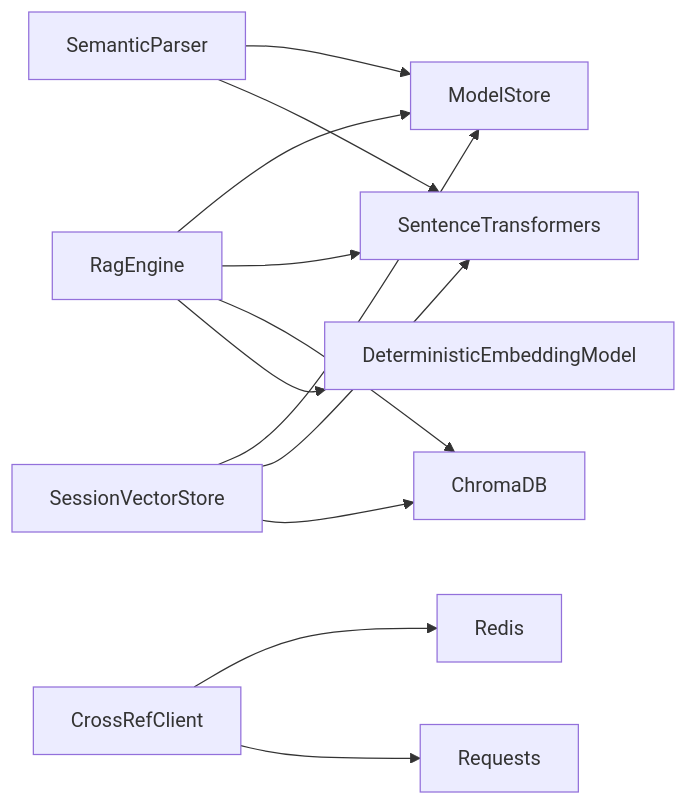
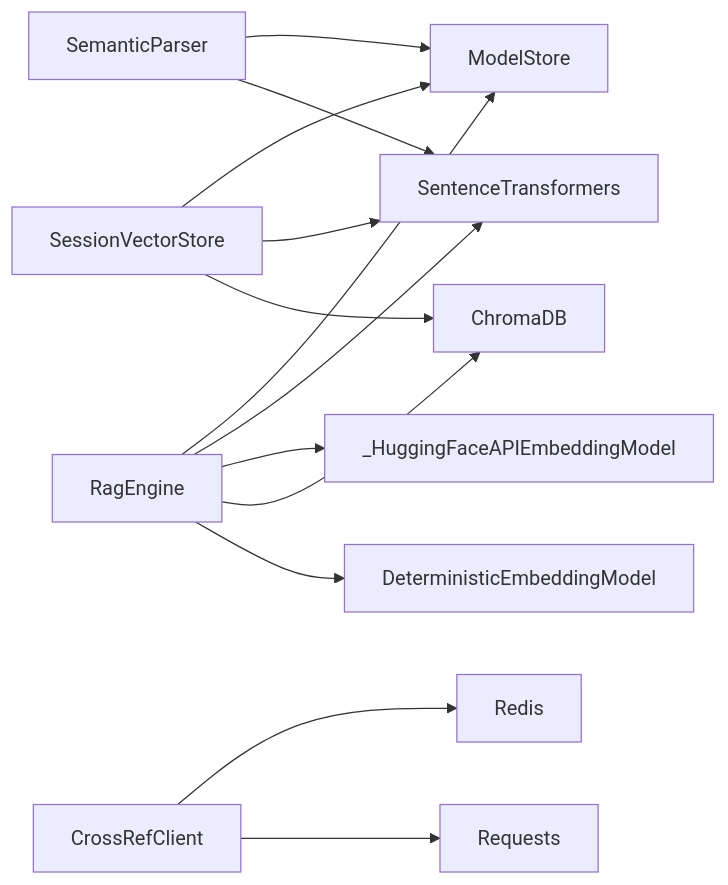
One commit to rohitkumarnaidu/-Auto-AI-Automated-Academic-Docx-Manuscript-Formatter changed diagram 11 of 11 in .qoder/repowiki/en/content/AI_ML Integration/RAG Engine.md. Above: the diagram before and after it, drawn with Mermaid. The commit also changed other lines of this file and 5 other files, not shown here.

````diff
--- a/.qoder/repowiki/en/content/AI_ML Integration/RAG Engine.md
+++ b/.qoder/repowiki/en/content/AI_ML Integration/RAG Engine.md
@@ -380,14 +470,15 @@
 ```mermaid
 graph LR
 RE["RagEngine"] --> MS["ModelStore"]
 RE --> ST["SentenceTransformers"]
+RE --> HF["_HuggingFaceAPIEmbeddingModel"]
 RE --> CH["ChromaDB"]
 RE --> DET["DeterministicEmbeddingModel"]
 SP["SemanticParser"] --> MS
 SP --> ST
 SV["SessionVectorStore"] --> MS
 SV --> ST
 SV --> CH
 CR["CrossRefClient"] --> RD["Redis"]
 CR --> REQ["Requests"]
 ```
````
